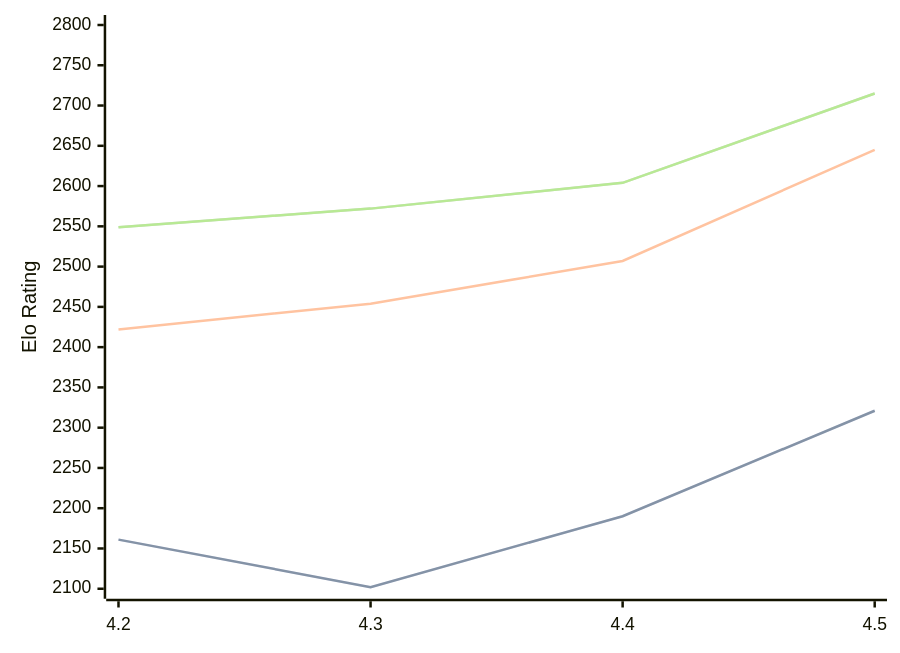
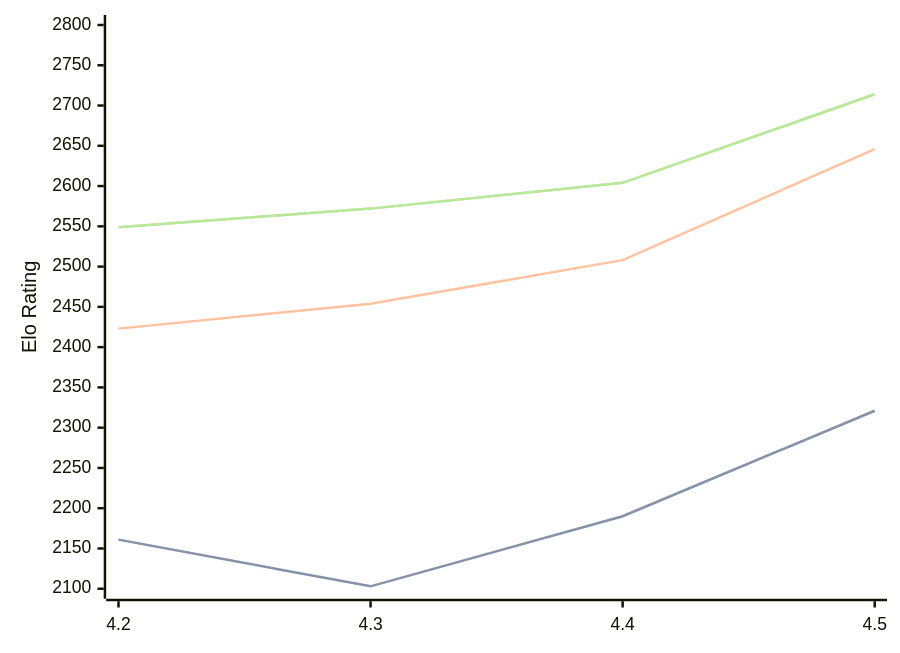
The diagram in engines/Eubos.md (computer-chess-index/cci), drawn with Mermaid before and after one commit. The commit also changed other lines of this file, not shown here.

Commit message:
Update CCI Ratings (ELO VLTC) - 2026-09-16

````diff
--- a/engines/Eubos.md
+++ b/engines/Eubos.md
@@ -34,11 +34,11 @@
 ```mermaid
 %%{init: {"theme":"base","themeVariables":{"seriesColors:['#a3a3a3','#222221','#faa371']}}}%%
 xychart-beta
   x-axis ["4.2", "4.3", "4.4", "4.5"]
   y-axis "Elo Rating" 2100 --> 2800
-  line "" [2161, 2102, 2190, 2321]
-  line "STC (8.0+0.08s)" [2161, 2102, 2190, 2321]
-  line "LTC (60.0+0.60s)" [2422, 2454, 2507, 2645]
-  line "" [2549, 2572, 2604, 2715]
-  line "VLTC (2m24s+1.12s)" [2549, 2572, 2604, 2715]
+  line "" [2161, 2103, 2190, 2321]
+  line "STC (8.0+0.08s)" [2161, 2103, 2190, 2321]
+  line "LTC (60.0+0.60s)" [2423, 2454, 2508, 2646]
+  line "" [2549, 2572, 2604, 2714]
+  line "VLTC (2m24s+1.12s)" [2549, 2572, 2604, 2714]
 ```
````
